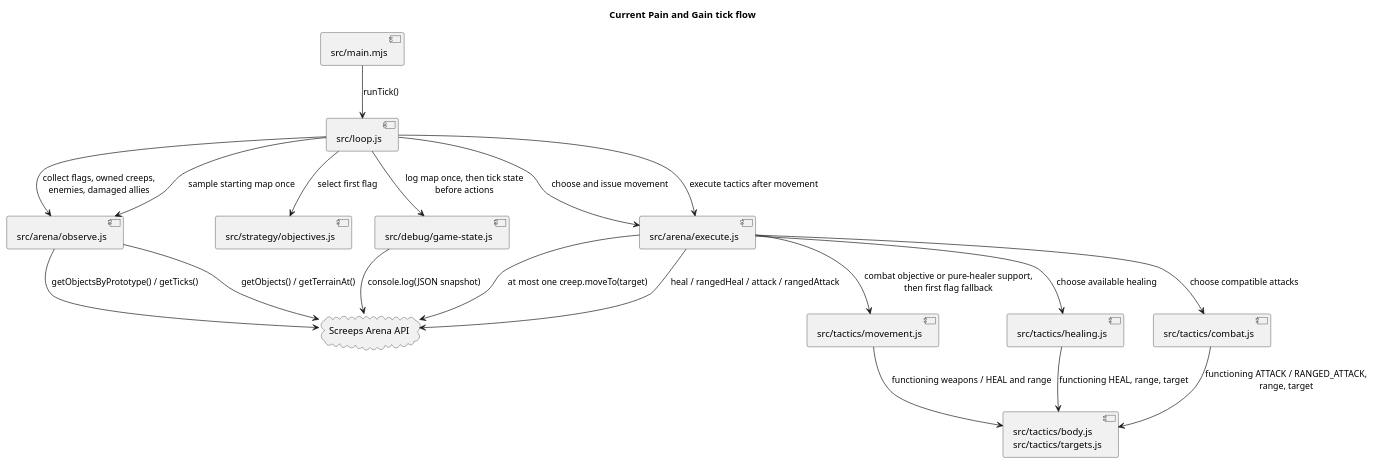
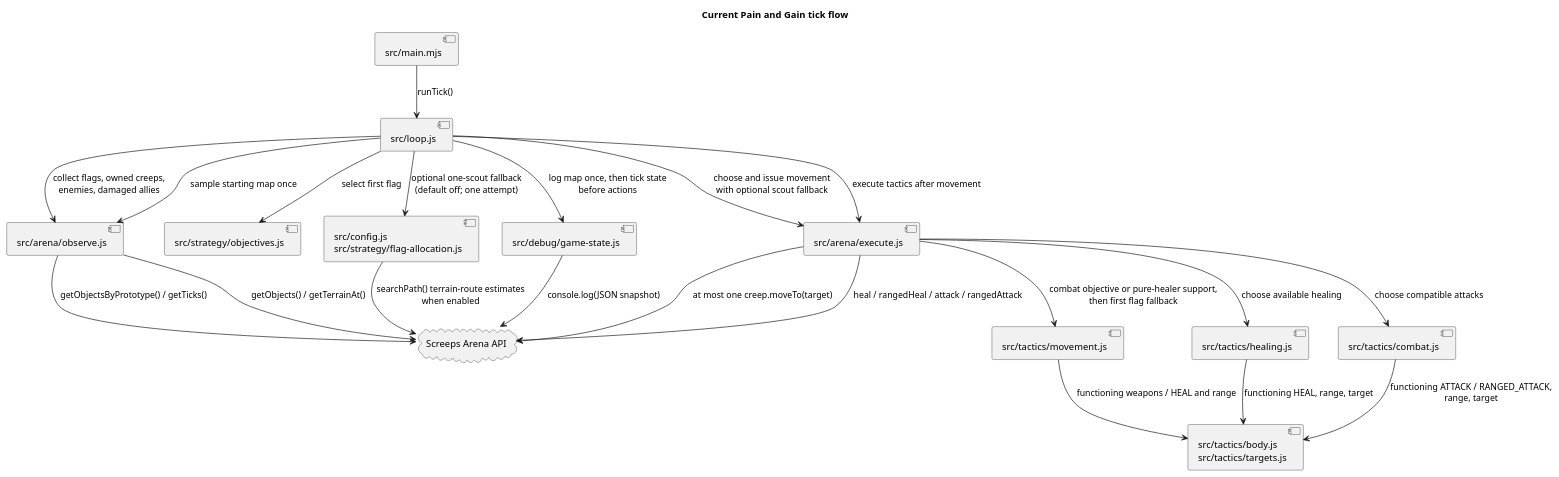
One commit to zolcsika71/pain_and_gain changed the diagram in docs/diagrams/tick-flow.puml. Above: the diagram before and after it, drawn with PlantUML. The commit also changed 12 other files, not shown here.

Commit message:
Add disabled one-scout flag allocation experiment

```diff
--- a/docs/diagrams/tick-flow.puml
+++ b/docs/diagrams/tick-flow.puml
@@ -1,35 +1,38 @@
 @startuml
 title Current Pain and Gain tick flow
 
 component "src/main.mjs" as Main
 component "src/loop.js" as Loop
 component "src/arena/observe.js" as Observe
 component "src/strategy/objectives.js" as Objectives
+component "src/config.js\nsrc/strategy/flag-allocation.js" as Allocation
 component "src/debug/game-state.js" as Debug
 component "src/arena/execute.js" as Execute
 component "src/tactics/movement.js" as Movement
 component "src/tactics/healing.js" as Healing
 component "src/tactics/combat.js" as Combat
 component "src/tactics/body.js\nsrc/tactics/targets.js" as Eligibility
 cloud "Screeps Arena API" as API
 
 Main --> Loop : runTick()
 Loop --> Observe : collect flags, owned creeps,\nenemies, damaged allies
 Observe --> API : getObjectsByPrototype() / getTicks()
 Loop --> Objectives : select first flag
+Loop --> Allocation : optional one-scout fallback\n(default off; one attempt)
+Allocation --> API : searchPath() terrain-route estimates\nwhen enabled
 Loop --> Observe : sample starting map once
 Observe --> API : getObjects() / getTerrainAt()
 Loop --> Debug : log map once, then tick state\nbefore actions
 Debug --> API : console.log(JSON snapshot)
-Loop --> Execute : choose and issue movement
+Loop --> Execute : choose and issue movement\nwith optional scout fallback
 Execute --> Movement : combat objective or pure-healer support,\nthen first flag fallback
 Movement --> Eligibility : functioning weapons / HEAL and range
 Execute --> API : at most one creep.moveTo(target)
 Loop --> Execute : execute tactics after movement
 Execute --> Healing : choose available healing
 Execute --> Combat : choose compatible attacks
 Healing --> Eligibility : functioning HEAL, range, target
 Combat --> Eligibility : functioning ATTACK / RANGED_ATTACK,\nrange, target
 Execute --> API : heal / rangedHeal / attack / rangedAttack
 
 @enduml
```
